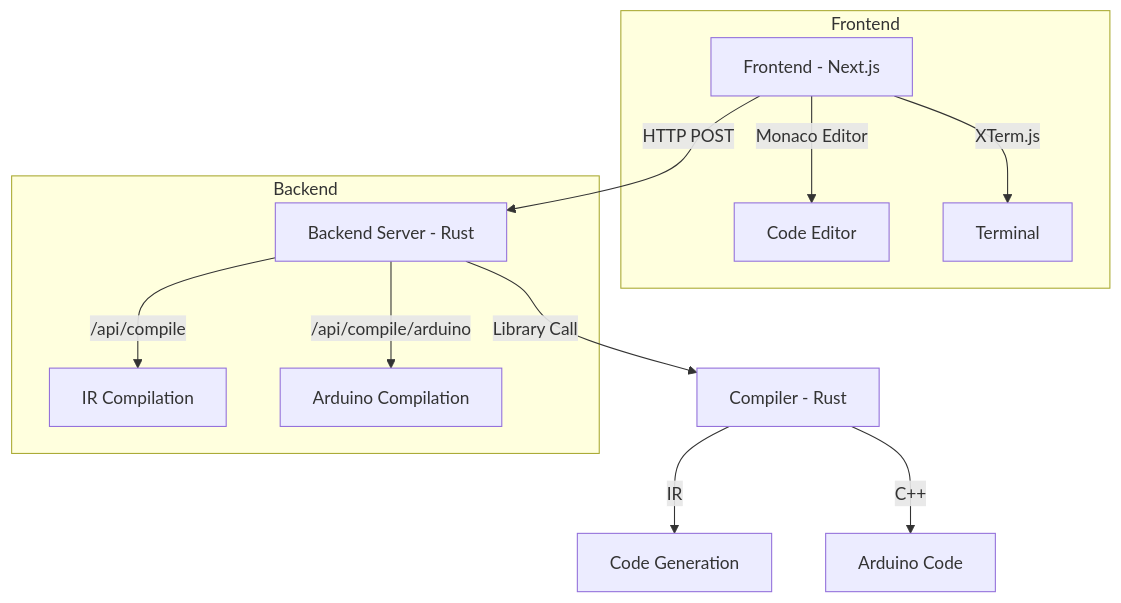
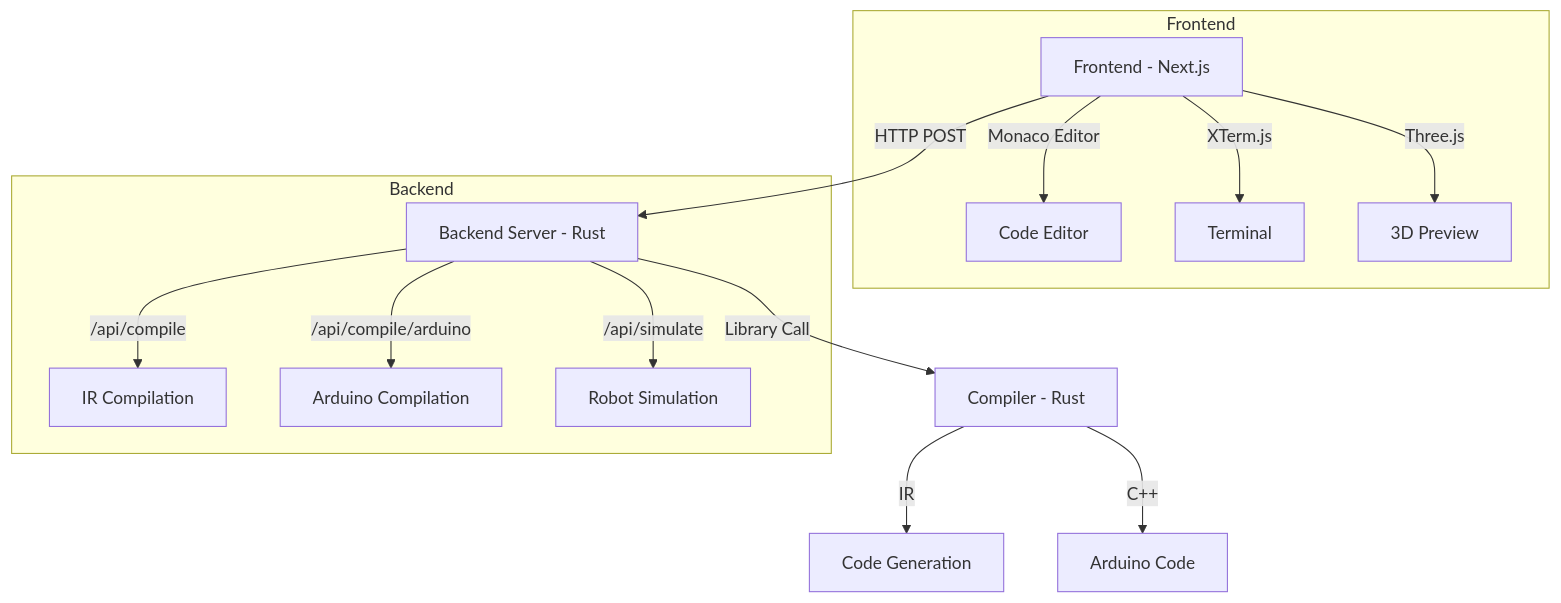
One commit to JakeRoggenbuck/hackdavis-2025 changed the diagram in README.md. Above: the diagram before and after it, drawn with Mermaid. The commit also changed other lines of this file, not shown here.

````diff
--- a/README.md
+++ b/README.md
@@ -25,17 +31,19 @@
 ```mermaid
 graph TD
     A[Frontend - Next.js] -->|HTTP POST| B[Backend Server - Rust]
     B -->|Library Call| C[Compiler - Rust]
     C -->|IR| D[Code Generation]
     C -->|C++| E[Arduino Code]
     
     subgraph Frontend
     A -->|Monaco Editor| F[Code Editor]
     A -->|XTerm.js| G[Terminal]
+    A -->|Three.js| H[3D Preview]
     end
     
     subgraph Backend
-    B -->|/api/compile| H[IR Compilation]
-    B -->|/api/compile/arduino| I[Arduino Compilation]
+    B -->|/api/compile| I[IR Compilation]
+    B -->|/api/compile/arduino| J[Arduino Compilation]
+    B -->|/api/simulate| K[Robot Simulation]
     end
 ```
````
